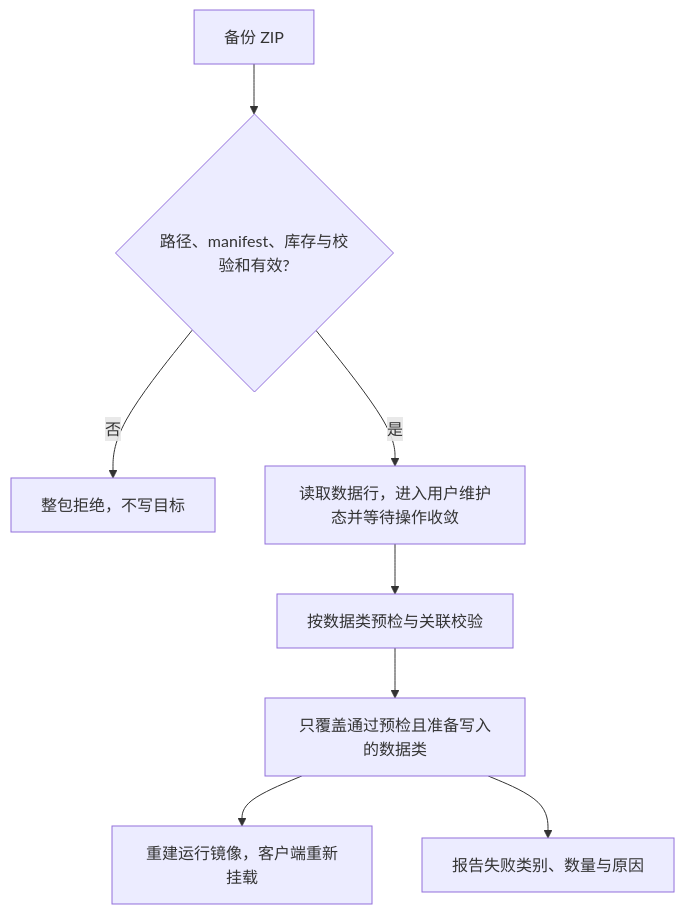
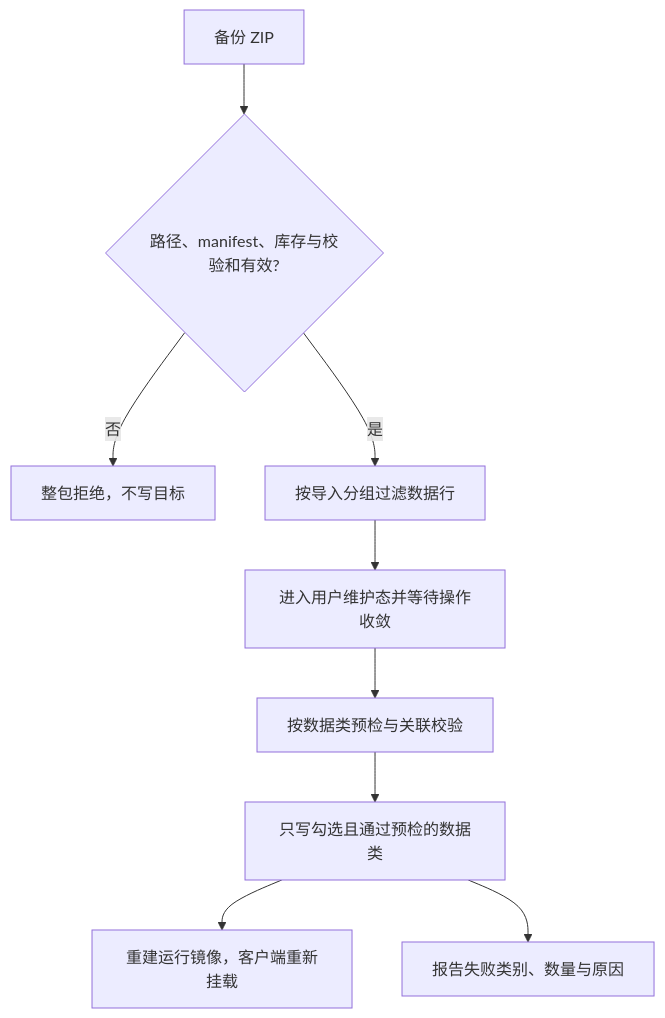
The third of 3 diagrams in docs/PROTOCOL.md (yangjinming1062/SpiritAgent), drawn with Mermaid before and after one commit. The commit also changed other lines of this file and 8 other files, not shown here.

````diff
--- a/docs/PROTOCOL.md
+++ b/docs/PROTOCOL.md
@@ -470,10 +470,11 @@
 ```mermaid
 flowchart TD
     Zip[备份 ZIP] --> Package{路径、manifest、库存与校验和有效?}
     Package -->|否| Reject[整包拒绝，不写目标]
-    Package -->|是| Maintenance[读取数据行，进入用户维护态并等待操作收敛]
+    Package -->|是| Scope[按导入分组过滤数据行]
+    Scope --> Maintenance[进入用户维护态并等待操作收敛]
     Maintenance --> Classes[按数据类预检与关联校验]
-    Classes --> Restore[只覆盖通过预检且准备写入的数据类]
+    Classes --> Restore[只写勾选且通过预检的数据类]
     Restore --> Hydrate[重建运行镜像，客户端重新挂载]
     Restore --> Report[报告失败类别、数量与原因]
 ```
````
